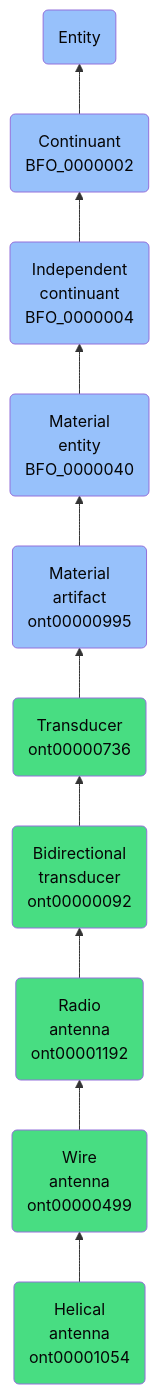
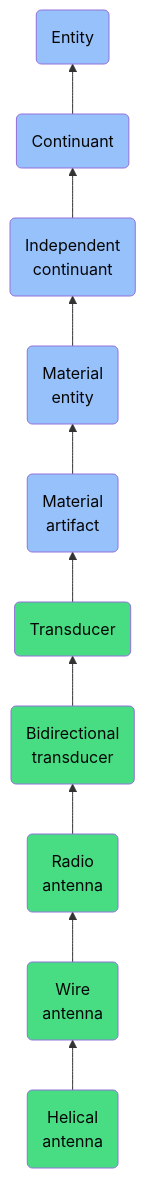
Before and after one commit to jupyter-naas/abi: the diagram in docs/ontology/reference/model/Entity/Continuant/Independent continuant/Material entity/Material artifact/Transducer/Bidirectional transducer/Radio antenna/Wire antenna/Helical antenna/Helical antenna.md, drawn with Mermaid. The commit also changed other lines of this file and 1430 other files, not shown here.

````diff
--- a/docs/ontology/reference/model/Entity/Continuant/Independent continuant/Material entity/Material artifact/Transducer/Bidirectional transducer/Radio antenna/Wire antenna/Helical antenna/Helical antenna.md
+++ b/docs/ontology/reference/model/Entity/Continuant/Independent continuant/Material entity/Material artifact/Transducer/Bidirectional transducer/Radio antenna/Wire antenna/Helical antenna/Helical antenna.md
@@ -24,17 +24,17 @@
 ```mermaid
 graph BT
-    ont00001054(Helical<br>antenna<br>ont00001054):::ABI-->ont00000499
-    ont00000499(Wire<br>antenna<br>ont00000499):::ABI-->ont00001192
-    ont00001192(Radio<br>antenna<br>ont00001192):::ABI-->ont00000092
-    ont00000092(Bidirectional<br>transducer<br>ont00000092):::ABI-->ont00000736
-    ont00000736(Transducer<br>ont00000736):::ABI-->ont00000995
-    ont00000995(Material<br>artifact<br>ont00000995):::BFO-->BFO_0000040
-    BFO_0000040(Material<br>entity<br>BFO_0000040):::BFO-->BFO_0000004
-    BFO_0000004(Independent<br>continuant<br>BFO_0000004):::BFO-->BFO_0000002
-    BFO_0000002(Continuant<br>BFO_0000002):::BFO-->BFO_0000001
+    ont00001054(Helical<br>antenna):::ABI-->ont00000499
+    ont00000499(Wire<br>antenna):::ABI-->ont00001192
+    ont00001192(Radio<br>antenna):::ABI-->ont00000092
+    ont00000092(Bidirectional<br>transducer):::ABI-->ont00000736
+    ont00000736(Transducer):::ABI-->ont00000995
+    ont00000995(Material<br>artifact):::BFO-->BFO_0000040
+    BFO_0000040(Material<br>entity):::BFO-->BFO_0000004
+    BFO_0000004(Independent<br>continuant):::BFO-->BFO_0000002
+    BFO_0000002(Continuant):::BFO-->BFO_0000001
     BFO_0000001(Entity):::BFO
     
     classDef BFO fill:#97c1fb,color:#060606
     classDef CCO fill:#e4c51e,color:#060606
     classDef ABI fill:#48DD82,color:#060606
 ```
````
